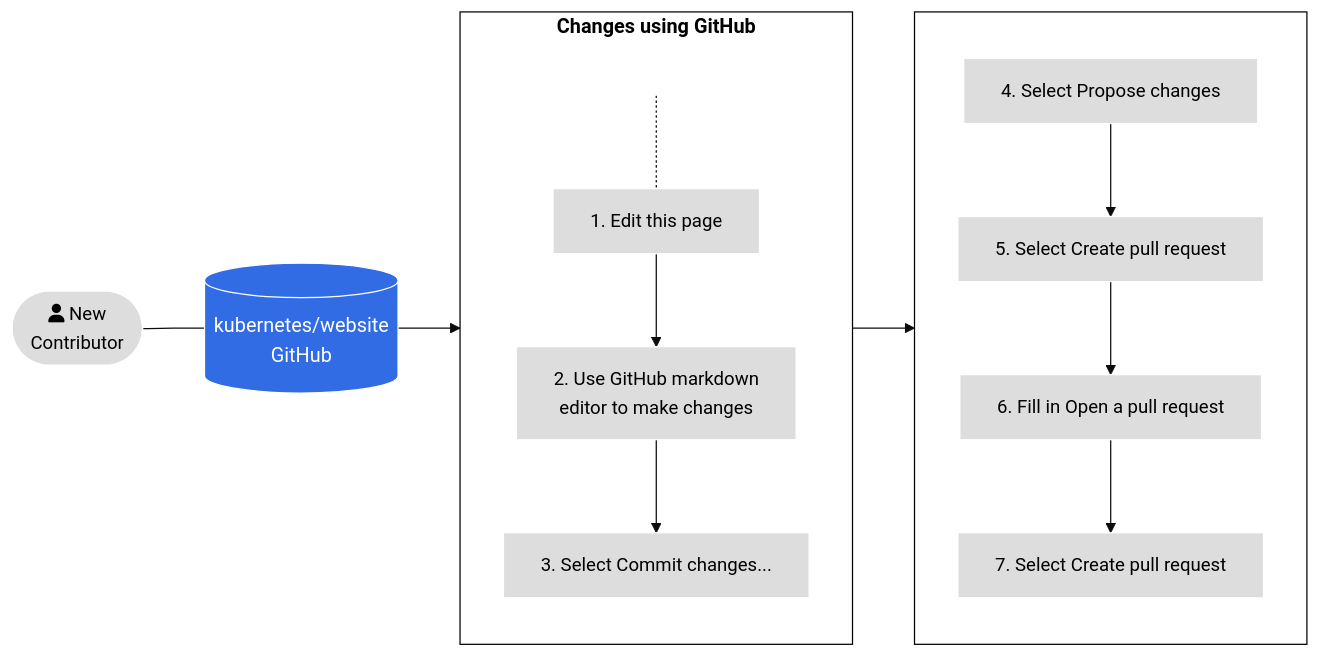
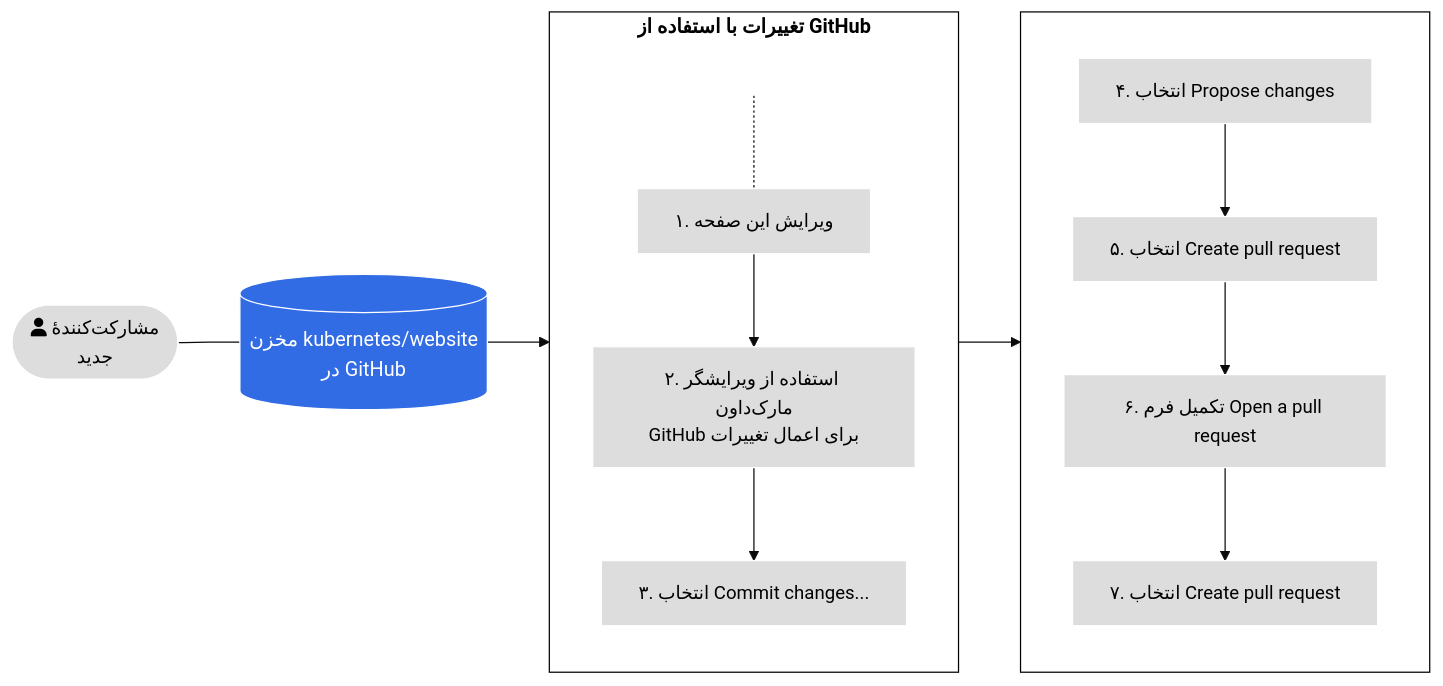
Before and after one commit to soroush67/kubernetes-doc-fa: the first of 3 diagrams in md/contribute/new-content/open-a-pr.md, drawn with Mermaid (base theme). The commit also changed other lines of this file and 32 other files, not shown here.

```diff
--- a/md/contribute/new-content/open-a-pr.md
+++ b/md/contribute/new-content/open-a-pr.md
@@ -37,27 +36,27 @@
 {{< mermaid >}}
 flowchart LR
-A([fa:fa-user New<br>Contributor]) --- id1[(kubernetes/website<br>GitHub)]
-subgraph tasks[Changes using GitHub]
+A([fa:fa-user مشارکت‌کنندهٔ<br>جدید]) --- id1[(مخزن kubernetes/website<br>در GitHub)]
+subgraph tasks[تغییرات با استفاده از GitHub]
 direction TB
     0[ ] -.-
-    1[1. Edit this page] --> 2[2. Use GitHub markdown<br>editor to make changes]
-    2 --> 3[3. Select Commit changes...]
+    1[۱. ویرایش این صفحه] --> 2[۲. استفاده از ویرایشگر مارک‌داون<br>GitHub برای اعمال تغییرات]
+    2 --> 3[۳. انتخاب Commit changes...]
 
 end
 subgraph tasks2[ ]
 direction TB
-4[4. Select Propose changes] --> 5[5. Select Create pull request] --> 6[6. Fill in Open a pull request]
-6 --> 7[7. Select Create pull request] 
+4[۴. انتخاب Propose changes] --> 5[۵. انتخاب Create pull request] --> 6[۶. تکمیل فرم Open a pull request]
+6 --> 7[۷. انتخاب Create pull request] 
 end
 
 id1 --> tasks --> tasks2
 
 classDef grey fill:#dddddd,stroke:#ffffff,stroke-width:px,color:#000000, font-size:15px;
 classDef white fill:#ffffff,stroke:#000,stroke-width:px,color:#000,font-weight:bold
 classDef k8s fill:#326ce5,stroke:#fff,stroke-width:1px,color:#fff;
 classDef spacewhite fill:#ffffff,stroke:#fff,stroke-width:0px,color:#000
 class A,1,2,3,4,5,6,7 grey
 class 0 spacewhite
 class tasks,tasks2 white
 class id1 k8s
 {{</ mermaid >}}
```
